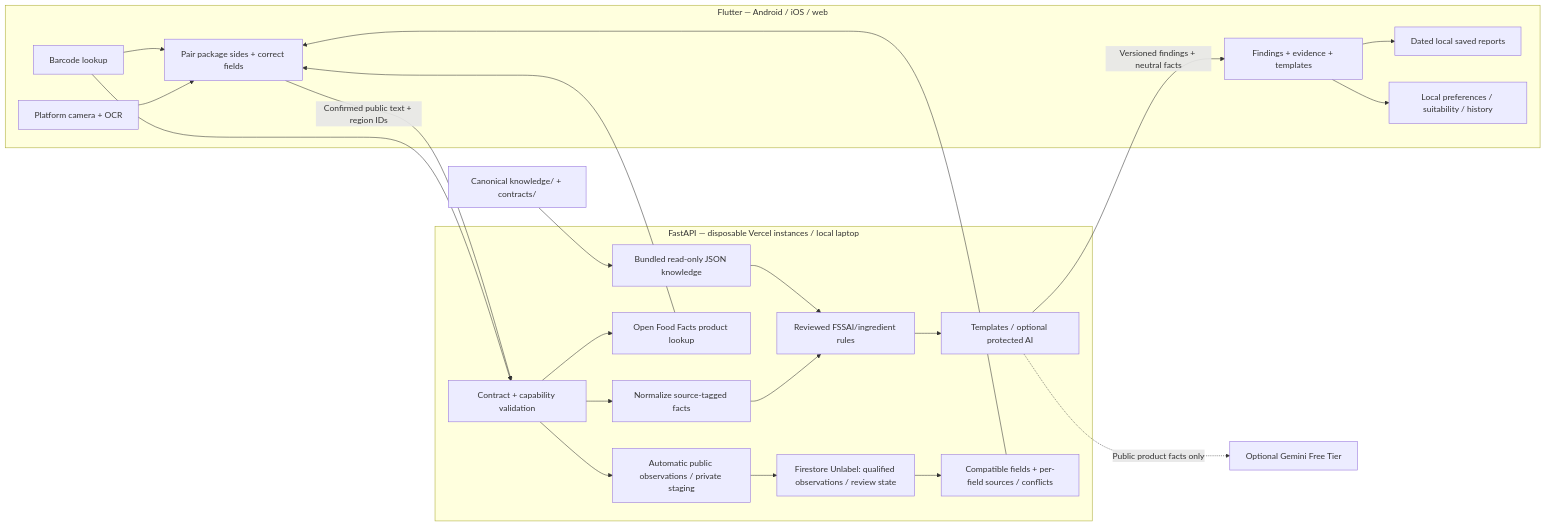
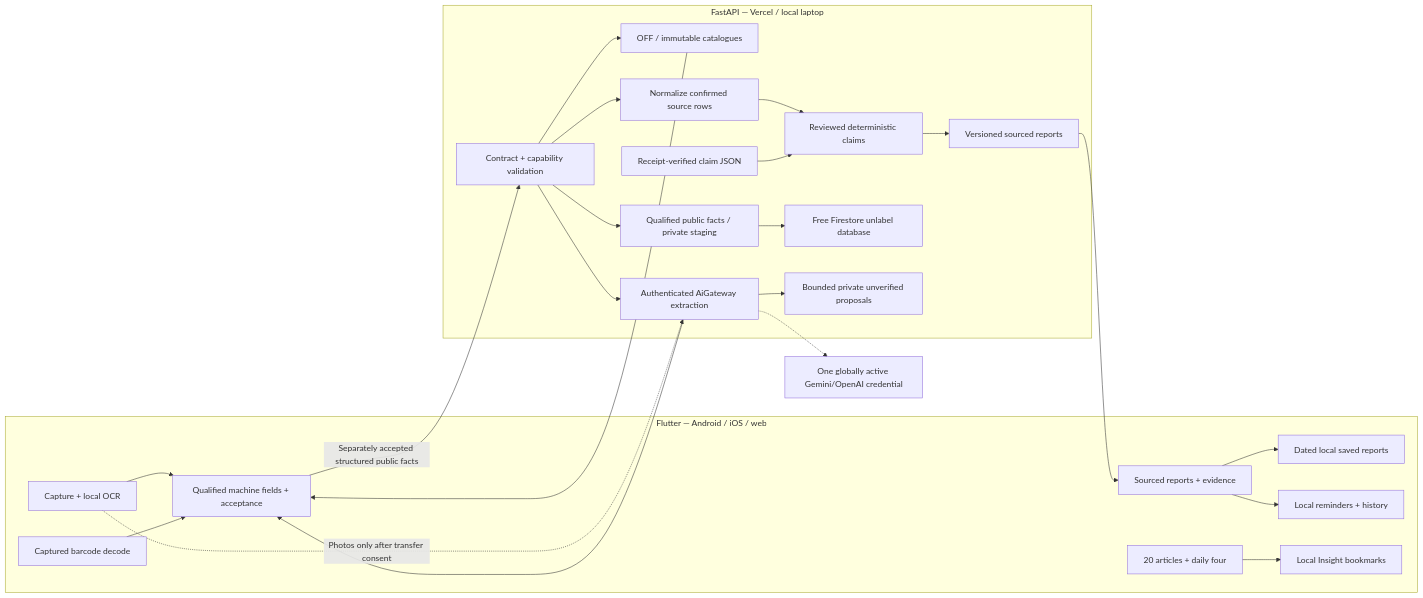
The diagram in docs/architecture/SYSTEM.md (Vaibhavsh0120/Unlabel), drawn with Mermaid before and after one commit. The commit also changed other lines of this file and 129 other files, not shown here.

````diff
--- a/docs/architecture/SYSTEM.md
+++ b/docs/architecture/SYSTEM.md
@@ -30,26 +33,27 @@
-~~~mermaid
+```mermaid
 flowchart LR
   subgraph Client["Flutter — Android / iOS / web"]
-    OCR["Platform camera + OCR"] --> Review["Pair package sides + correct fields"]
-    Barcode["Barcode lookup"] --> Review
-    Results["Findings + evidence + templates"] --> Saved["Dated local saved reports"]
-    Results --> Personal["Local preferences / suitability / history"]
+    Capture["Capture + local OCR"] --> Review["Qualified machine fields + acceptance"]
+    Barcode["Captured barcode decode"] --> Review
+    Results["Sourced reports + evidence"] --> Saved["Dated local saved reports"]
+    Results --> Reminders["Local reminders + history"]
+    Insights["20 articles + daily four"] --> Bookmarks["Local Insight bookmarks"]
   end
-  subgraph Backend["FastAPI — disposable Vercel instances / local laptop"]
-    API["Contract + capability validation"] --> Parse["Normalize source-tagged facts"]
-    API --> OFF["Open Food Facts product lookup"]
-    OFF --> Review
-    Parse --> Rules["Reviewed FSSAI/ingredient rules"]
-    Rules --> Explain["Templates / optional protected AI"]
-    Evidence["Bundled read-only JSON knowledge"] --> Rules
-    API --> Community["Automatic public observations / private staging"]
-    Community --> Shared["Firestore Unlabel: qualified observations / review state"]
-    Shared --> Resolve["Compatible fields + per-field sources / conflicts"]
-    Resolve --> Review
+  subgraph Backend["FastAPI — Vercel / local laptop"]
+    API["Contract + capability validation"] --> Sources["OFF / immutable catalogues"]
+    Sources --> Review
+    API --> Parse["Normalize confirmed source rows"]
+    Parse --> Rules["Reviewed deterministic claims"]
+    Knowledge["Receipt-verified claim JSON"] --> Rules
+    Rules --> Report["Versioned sourced reports"]
+    API --> Community["Qualified public facts / private staging"]
+    Community --> Firestore["Free Firestore unlabel database"]
+    API --> AI["Authenticated AiGateway extraction"]
+    AI --> Private["Bounded private unverified proposals"]
+    AI --> Review
   end
-  Canonical["Canonical knowledge/ + contracts/"] --> Evidence
-  Barcode --> API
-  Review -->|"Confirmed public text + region IDs"| API
-  Explain -->|"Versioned findings + neutral facts"| Results
-  Explain -.->|"Public product facts only"| Gemini["Optional Gemini Free Tier"]
-~~~
+  Review -->|"Separately accepted structured public facts"| API
+  Report --> Results
+  Capture -.->|"Photos only after transfer consent"| AI
+  AI -.-> Provider["One globally active Gemini/OpenAI credential"]
+```
````
